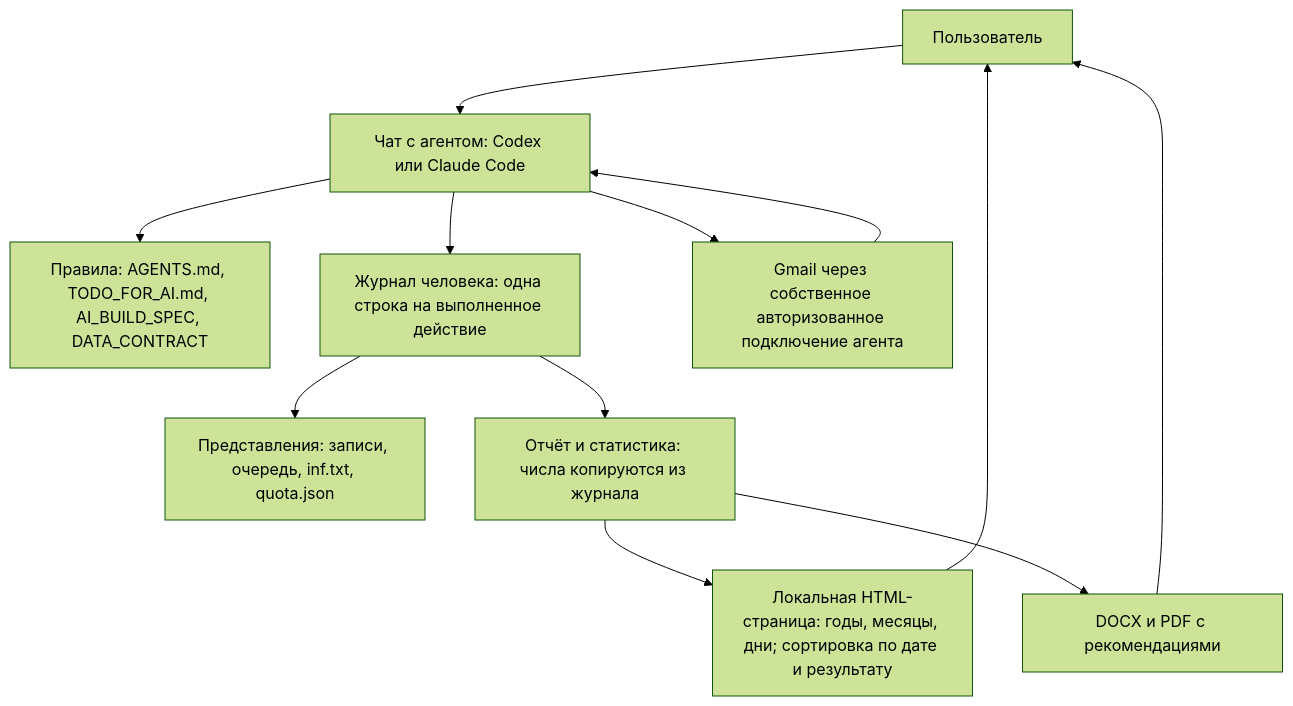
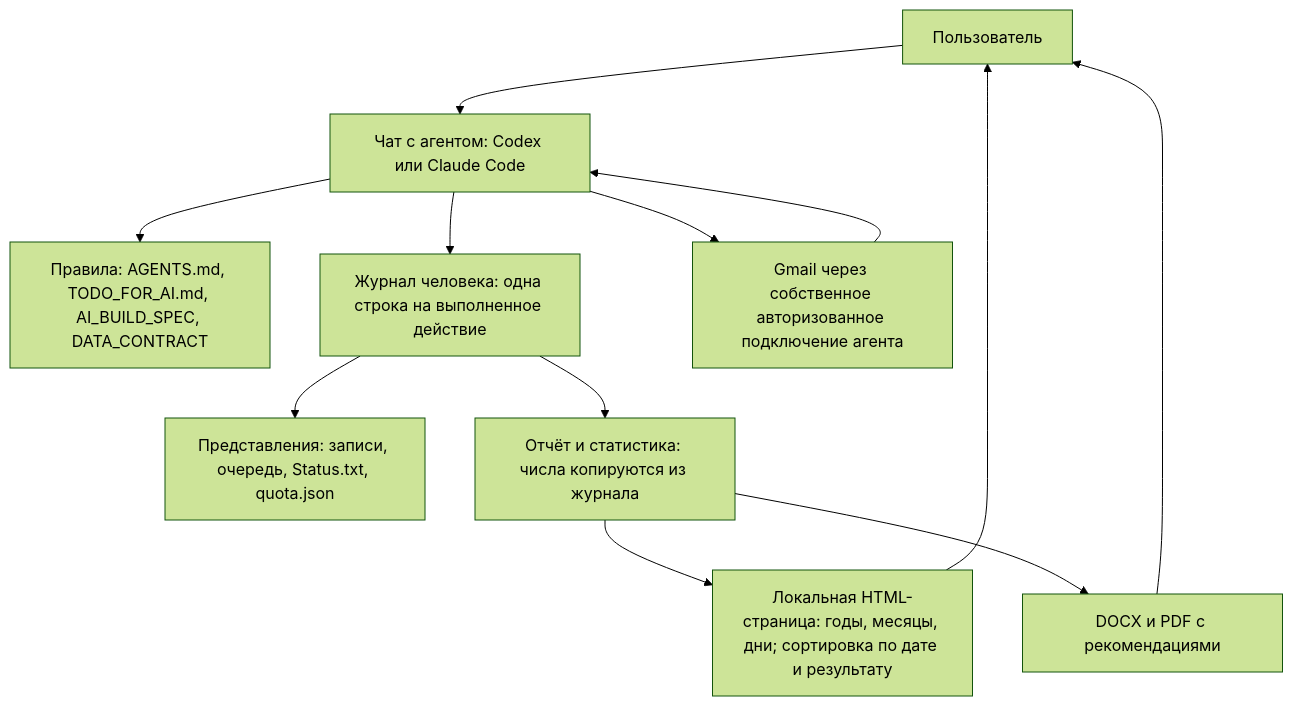
The diagram in docs/ru/ARCHITECTURE.md (HomenSAI/homensai-jobpilot), drawn with Mermaid (forest theme) before and after one commit. The commit also changed other lines of this file and 25 other files, not shown here.

````diff
--- a/docs/ru/ARCHITECTURE.md
+++ b/docs/ru/ARCHITECTURE.md
@@ -20,14 +20,14 @@
 ```mermaid
 flowchart TD
     U[Пользователь] --> A[Чат с агентом: Codex или Claude Code]
     A --> R[Правила: AGENTS.md, TODO_FOR_AI.md, AI_BUILD_SPEC, DATA_CONTRACT]
     A --> J[Журнал человека: одна строка на выполненное действие]
-    J --> P[Представления: записи, очередь, inf.txt, quota.json]
+    J --> P[Представления: записи, очередь, Status.txt, quota.json]
     A --> M[Gmail через собственное авторизованное подключение агента]
     M --> A
     J --> B[Отчёт и статистика: числа копируются из журнала]
     B --> H[Локальная HTML-страница: годы, месяцы, дни; сортировка по дате и результату]
     B --> F[DOCX и PDF с рекомендациями]
     H --> U
     F --> U
 ```
````
